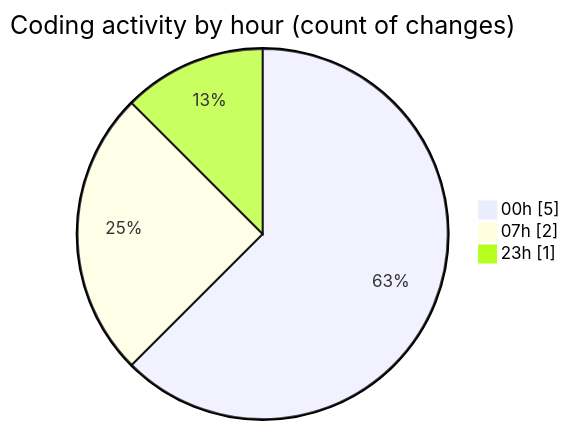
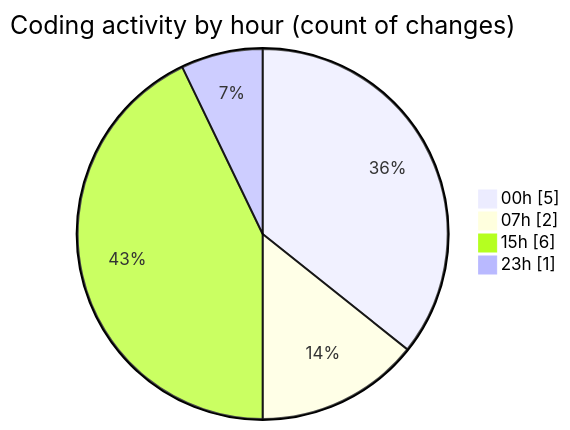
Before and after one commit to Elitesun/code-tracking: the second of 2 diagrams in 2025-04-11/product-page/README.md, drawn with Mermaid. The commit also changed other lines of this file and 1 other file, not shown here.

````diff
--- a/2025-04-11/product-page/README.md
+++ b/2025-04-11/product-page/README.md
@@ -35,7 +38,8 @@
 ```mermaid
 pie showData
 title Coding activity by hour (count of changes)
 "00h" : 5
 "07h" : 2
+"15h" : 6
 "23h" : 1
 ```
````
